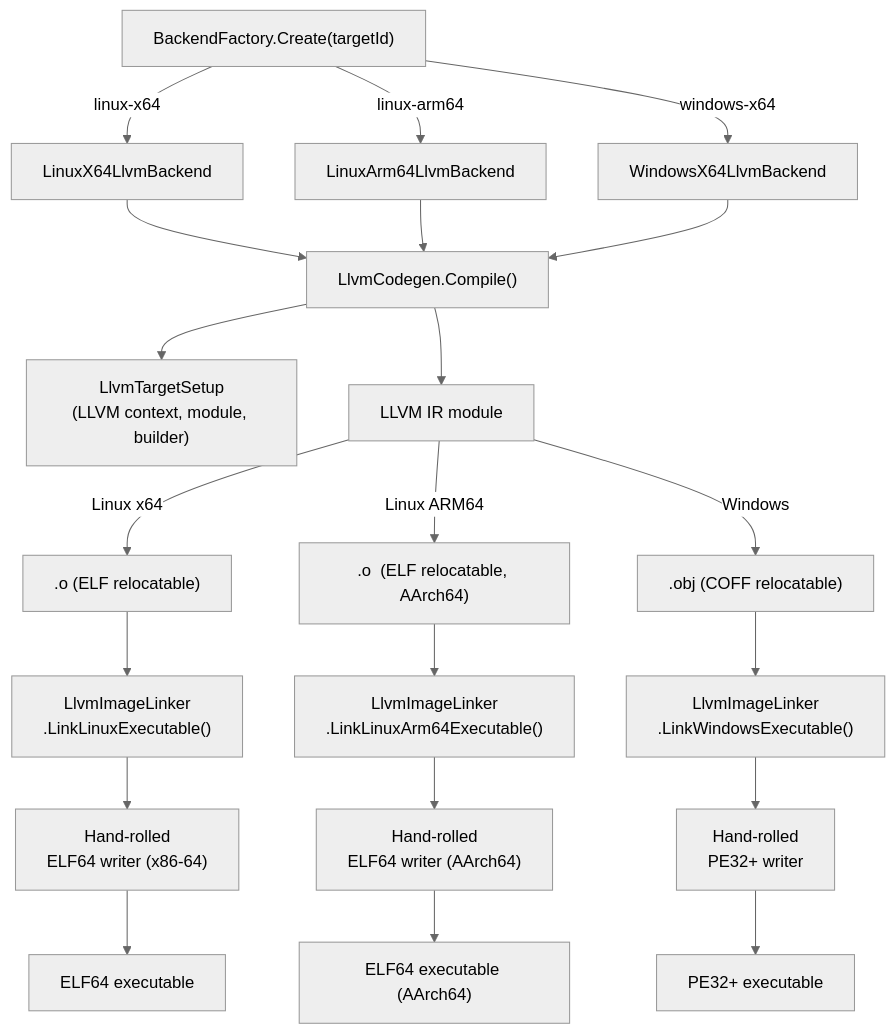
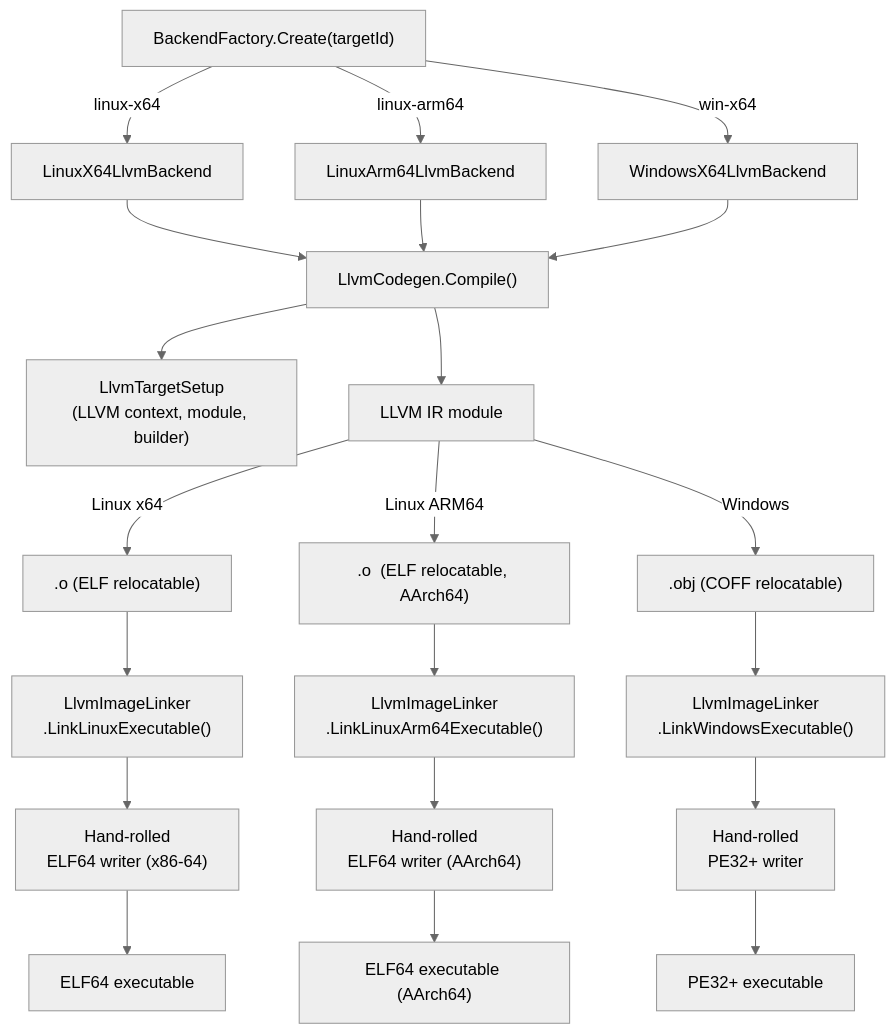
Before and after one commit to MattiasHognas/Ashes: the third of 3 diagrams in docs/ARCHITECTURE.md, drawn with Mermaid (neutral theme). The commit also changed other lines of this file and 76 other files, not shown here.

````diff
--- a/docs/ARCHITECTURE.md
+++ b/docs/ARCHITECTURE.md
@@ -117,40 +117,40 @@
 ```mermaid
 flowchart TD
     Factory["BackendFactory.Create(targetId)"]
     Linux["LinuxX64LlvmBackend"]
     LinuxArm64["LinuxArm64LlvmBackend"]
     Windows["WindowsX64LlvmBackend"]
     Codegen["LlvmCodegen.Compile()"]
     Setup["LlvmTargetSetup\n(LLVM context, module, builder)"]
     LLVMIR["LLVM IR module"]
     ObjLinux[".o  (ELF relocatable)"]
     ObjLinuxArm64[".o  (ELF relocatable, AArch64)"]
     ObjWindows[".obj  (COFF relocatable)"]
     LinkerLinux["LlvmImageLinker\n.LinkLinuxExecutable()"]
     LinkerLinuxArm64["LlvmImageLinker\n.LinkLinuxArm64Executable()"]
     LinkerWindows["LlvmImageLinker\n.LinkWindowsExecutable()"]
     ElfWriter["Hand-rolled\nELF64 writer (x86-64)"]
     ElfArm64Writer["Hand-rolled\nELF64 writer (AArch64)"]
     PeWriter["Hand-rolled\nPE32+ writer"]
     ELF["ELF64 executable"]
     ELFArm64["ELF64 executable (AArch64)"]
     PE["PE32+ executable"]
 
     Factory -->|"linux-x64"| Linux
     Factory -->|"linux-arm64"| LinuxArm64
-    Factory -->|"windows-x64"| Windows
+    Factory -->|"win-x64"| Windows
     Linux --> Codegen
     LinuxArm64 --> Codegen
     Windows --> Codegen
     Codegen --> Setup
     Codegen --> LLVMIR
     LLVMIR -->|Linux x64| ObjLinux
     LLVMIR -->|Linux ARM64| ObjLinuxArm64
     LLVMIR -->|Windows| ObjWindows
     ObjLinux --> LinkerLinux
     ObjLinuxArm64 --> LinkerLinuxArm64
     ObjWindows --> LinkerWindows
     LinkerLinux --> ElfWriter --> ELF
     LinkerLinuxArm64 --> ElfArm64Writer --> ELFArm64
     LinkerWindows --> PeWriter --> PE
 ```
````
